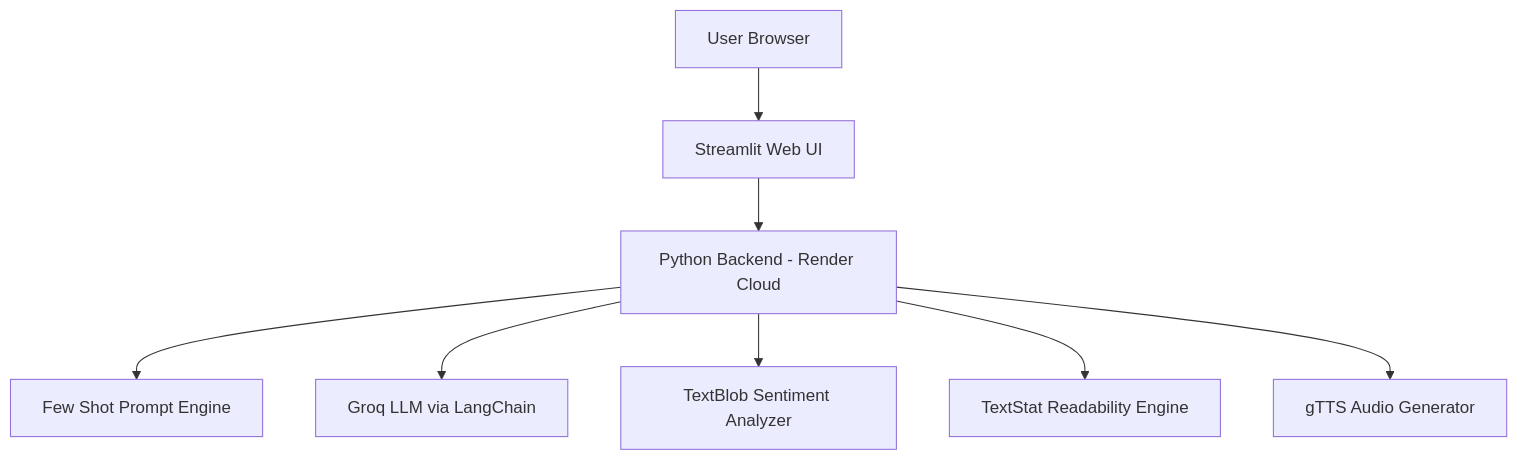
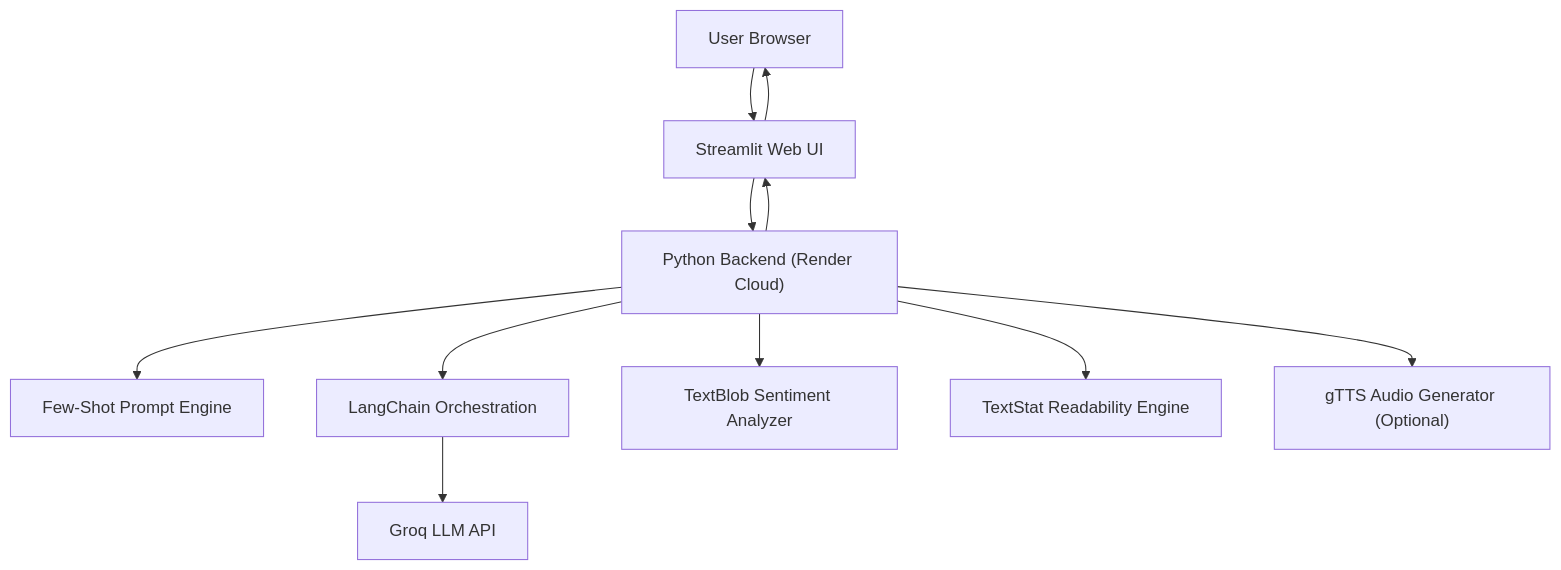
Before and after one commit to tusharjoshi1804/ai-linkedin-content-generator: the diagram in README.md, drawn with Mermaid.

````diff
--- a/README.md
+++ b/README.md
@@ -36,22 +36,28 @@
 ```mermaid
 flowchart TB
+    User["User Browser"]
+    UI["Streamlit Web UI"]
+    Backend["Python Backend (Render Cloud)"]
 
-User[User Browser]
-UI[Streamlit Web UI]
-Backend[Python Backend - Render Cloud]
+    Prompt["Few-Shot Prompt Engine"]
+    LangChain["LangChain Orchestration"]
+    LLM["Groq LLM API"]
 
-Prompt[Few Shot Prompt Engine]
-LLM[Groq LLM via LangChain]
-Sentiment[TextBlob Sentiment Analyzer]
-Readability[TextStat Readability Engine]
-TTS[gTTS Audio Generator]
+    Sentiment["TextBlob Sentiment Analyzer"]
+    Readability["TextStat Readability Engine"]
+    TTS["gTTS Audio Generator (Optional)"]
 
-User --> UI
-UI --> Backend
+    User --> UI
+    UI --> Backend
 
-Backend --> Prompt
-Backend --> LLM
-Backend --> Sentiment
-Backend --> Readability
-Backend --> TTS
+    Backend --> Prompt
+    Backend --> LangChain
+    LangChain --> LLM
+
+    Backend --> Sentiment
+    Backend --> Readability
+    Backend --> TTS
+
+    Backend --> UI
+    UI --> User
 ```
````
